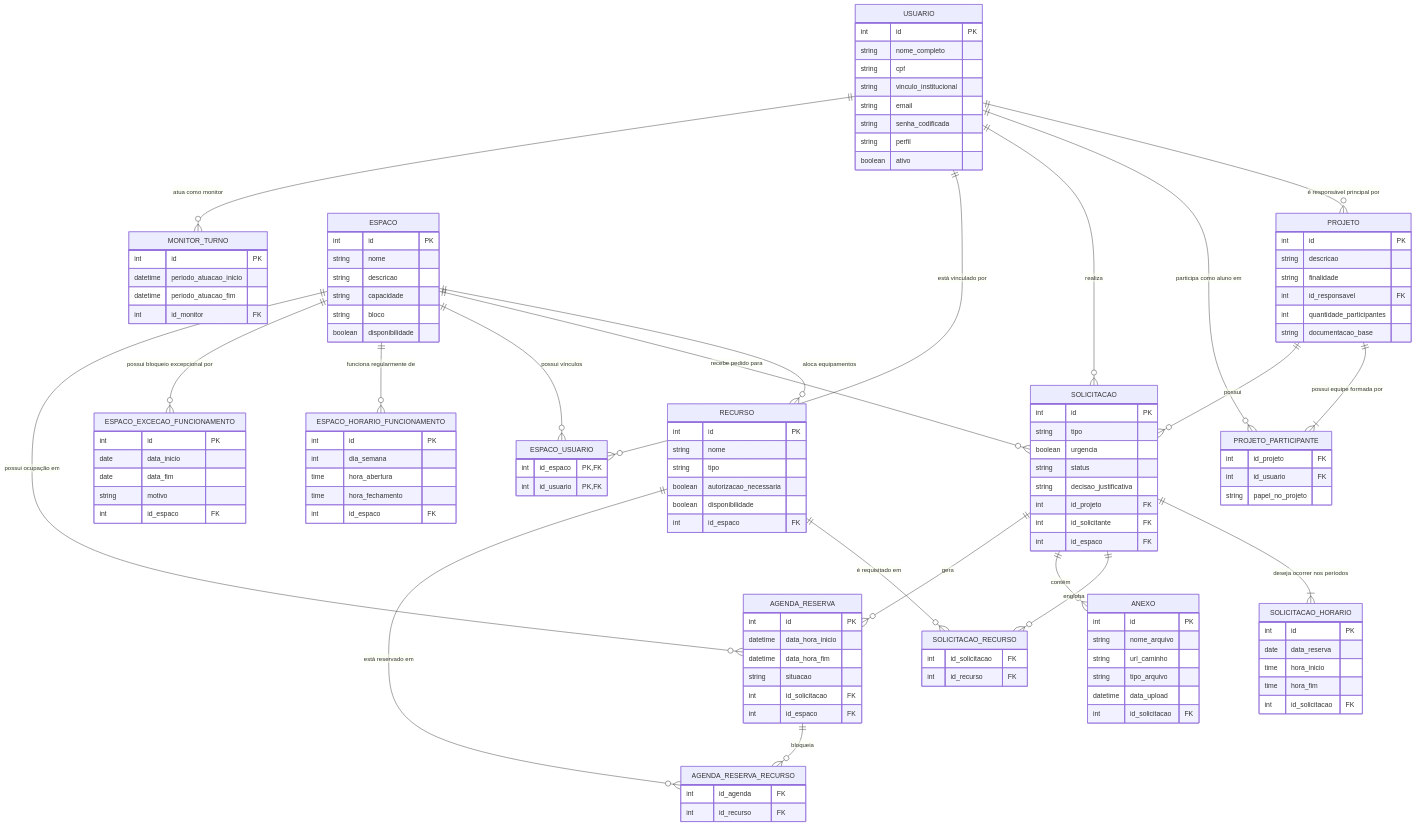
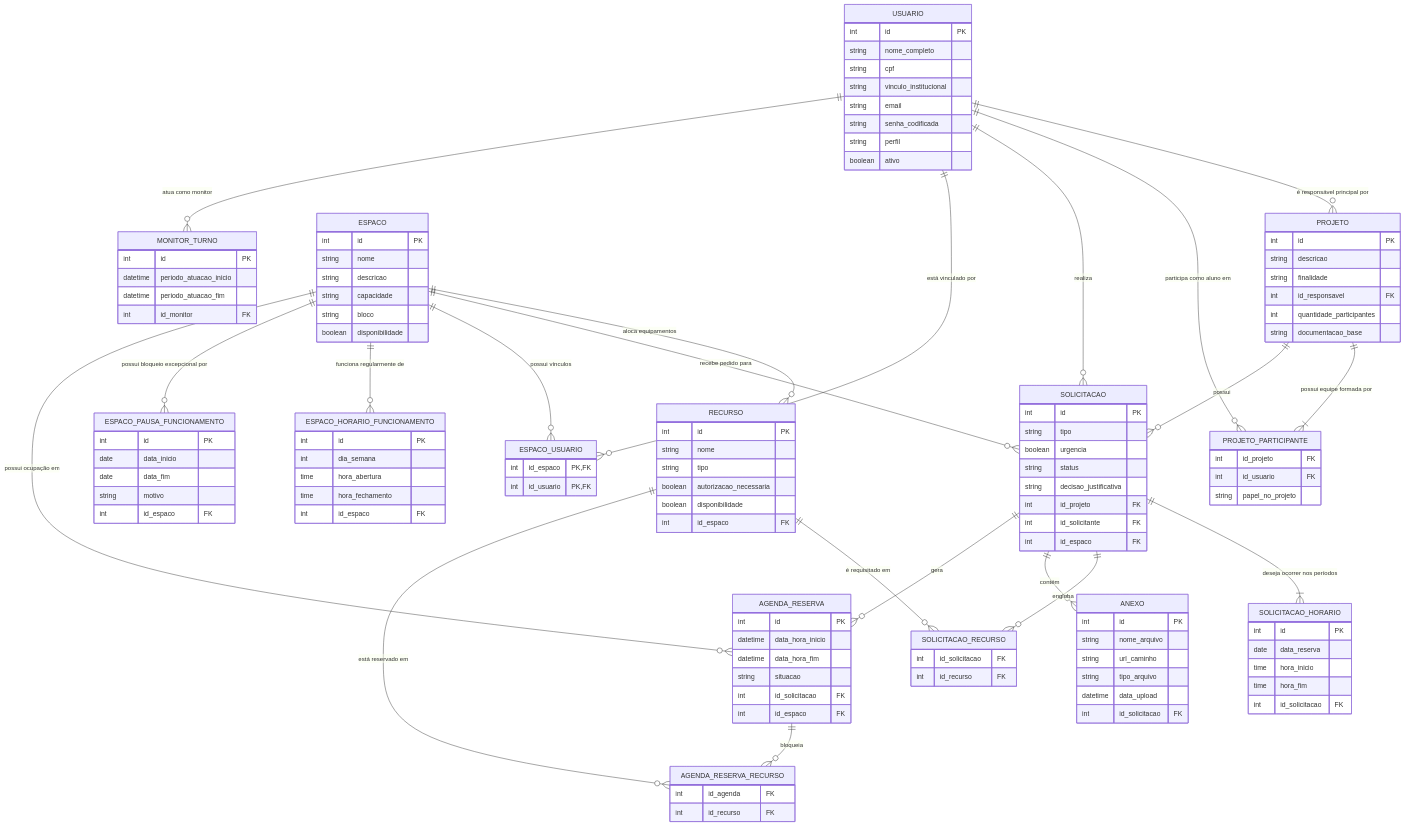
One commit to GlinsC/agendamento_espacos changed the diagram in docs/banco_dados.md. Above: the diagram before and after it, drawn with Mermaid. The commit also changed other lines of this file and 17 other files, not shown here.

```diff
--- a/docs/banco_dados.md
+++ b/docs/banco_dados.md
@@ -60,7 +60,7 @@
         int id_espaco FK
     }
 
-    ESPACO_EXCECAO_FUNCIONAMENTO {
+    ESPACO_PAUSA_FUNCIONAMENTO {
         int id PK
         date data_inicio
         date data_fim
@@ -145,7 +145,7 @@
     USUARIO ||--o{ ESPACO_USUARIO : "está vinculado por"
     
     ESPACO ||--o{ ESPACO_HORARIO_FUNCIONAMENTO : "funciona regularmente de"
-    ESPACO ||--o{ ESPACO_EXCECAO_FUNCIONAMENTO : "possui bloqueio excepcional por"
+    ESPACO ||--o{ ESPACO_PAUSA_FUNCIONAMENTO : "possui bloqueio excepcional por"
     
     SOLICITACAO ||--|{ SOLICITACAO_HORARIO : "deseja ocorrer nos períodos"
     SOLICITACAO ||--o{ SOLICITACAO_RECURSO : "engloba"
```
